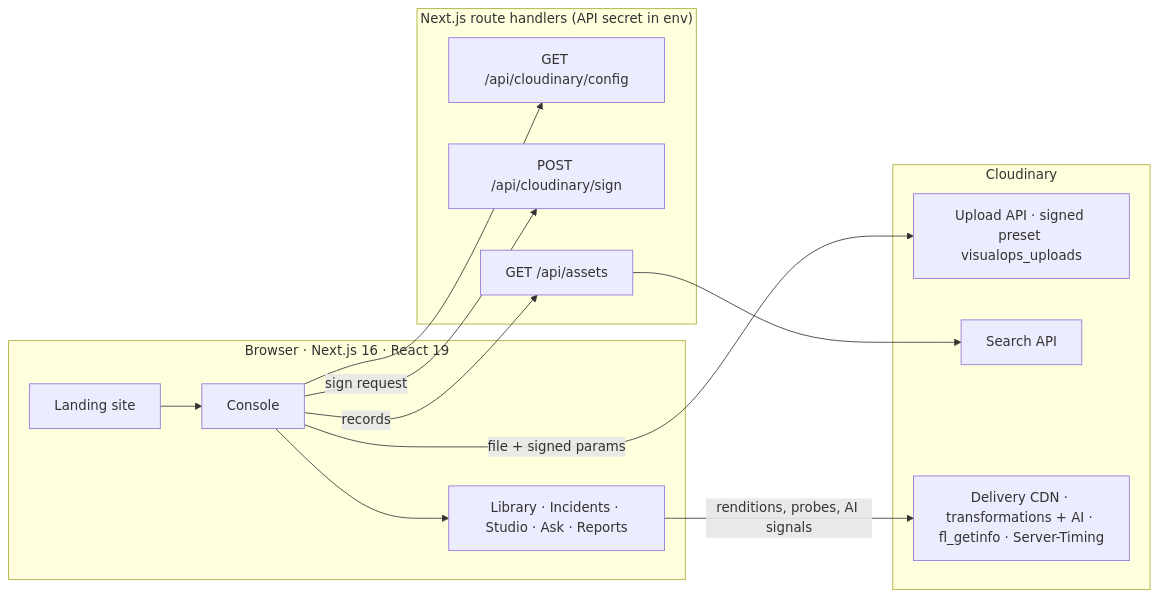
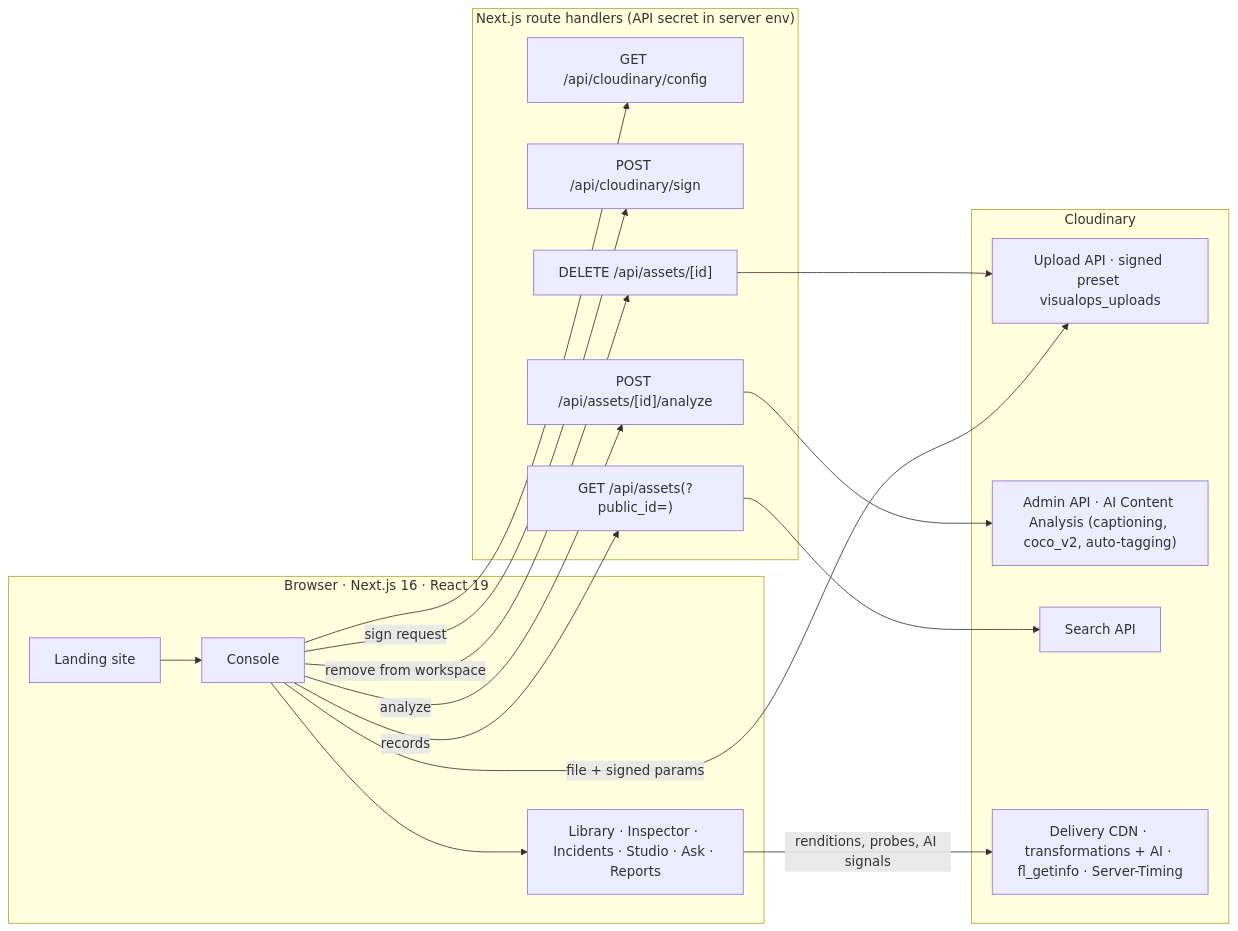
The diagram in README.md (HackIndiaXYZ/pixels-to-products-cloudinary-ai-hackathon-2026-team-rocket), drawn with Mermaid before and after one commit. The commit also changed other lines of this file and 73 other files, not shown here.

````diff
--- a/README.md
+++ b/README.md
@@ -102,22 +160,27 @@
 ```mermaid
 flowchart LR
   subgraph Browser["Browser · Next.js 16 · React 19"]
     L["Landing site"] --> C["Console"]
-    C --> V["Library · Incidents · Studio · Ask · Reports"]
+    C --> V["Library · Inspector · Incidents · Studio · Ask · Reports"]
   end
-  subgraph Server["Next.js route handlers (API secret in env)"]
+  subgraph Server["Next.js route handlers (API secret in server env)"]
     CFG["GET /api/cloudinary/config"]
     SIGN["POST /api/cloudinary/sign"]
-    ASSETS["GET /api/assets"]
+    ASSETS["GET /api/assets(?public_id=)"]
+    ANALYZE["POST /api/assets/[id]/analyze"]
+    UNTAG["DELETE /api/assets/[id]"]
   end
   subgraph Cloudinary["Cloudinary"]
     UP["Upload API · signed preset visualops_uploads"]
+    ADMIN["Admin API · AI Content Analysis (captioning, coco_v2, auto-tagging)"]
     SEARCH["Search API"]
     CDN["Delivery CDN · transformations + AI · fl_getinfo · Server-Timing"]
   end
   C -->|"sign request"| SIGN
   C -->|"file + signed params"| UP
+  C -->|"analyze"| ANALYZE --> ADMIN
   C -->|"records"| ASSETS --> SEARCH
+  C -->|"remove from workspace"| UNTAG --> UP
   C --> CFG
   V -->|"renditions, probes, AI signals"| CDN
 ```
````
